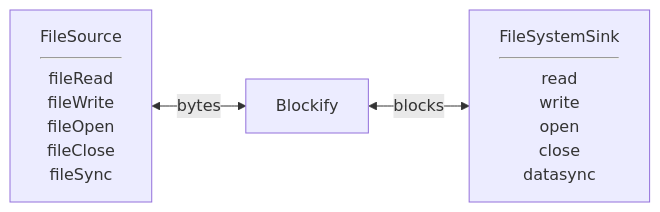
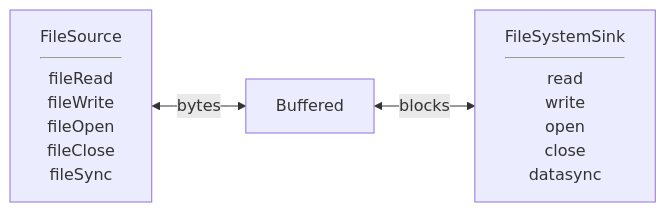
The first of 5 diagrams in README.md (precision-software/TempFiles), drawn with Mermaid before and after one commit. The commit also changed other lines of this file and 8 other files, not shown here.

Commit message:
Renamed "blockify" to "buffered"

````diff
--- a/README.md
+++ b/README.md
@@ -83,6 +83,6 @@
 ```mermaid
 flowchart LR 
     source[FileSource<hr>fileRead<br>fileWrite <br> fileOpen <br> fileClose <br> fileSync]
-       <-- bytes --> Blockify <-- blocks -->
+       <-- bytes --> Buffered <-- blocks -->
     sink[FileSystemSink <hr> read <br> write <br> open <br> close <br> datasync]
 ```
````
